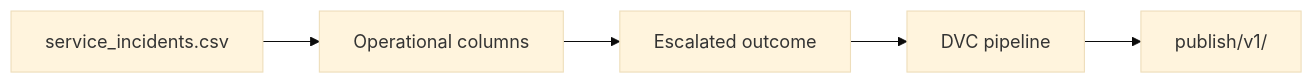
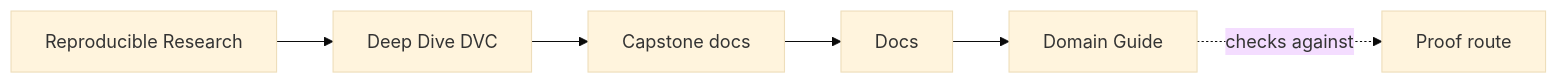
The first of 2 diagrams in programs/reproducible-research/deep-dive-dvc/capstone/docs/domain-guide.md (bijux/bijux-masterclass), drawn with Mermaid (base theme) before and after one commit. The commit also changed other lines of this file and 90 other files, not shown here.

Commit message:
docs(deep-dive-dvc): map publication and recovery review surfaces

````diff
--- a/programs/reproducible-research/deep-dive-dvc/capstone/docs/domain-guide.md
+++ b/programs/reproducible-research/deep-dive-dvc/capstone/docs/domain-guide.md
@@ -7,7 +7,12 @@
 ```mermaid
 graph LR
-  raw["service_incidents.csv"] --> fields["Operational columns"]
-  fields --> target["Escalated outcome"]
-  target --> pipeline["DVC pipeline"]
-  pipeline --> publish["publish/v1/"]
+  family["Reproducible Research"]
+  program["Deep Dive DVC"]
+  guide["Capstone docs"]
+  section["Docs"]
+  page["Domain Guide"]
+  proof["Proof route"]
+
+  family --> program --> guide --> section --> page
+  page -.checks against.-> proof
 ```
````
